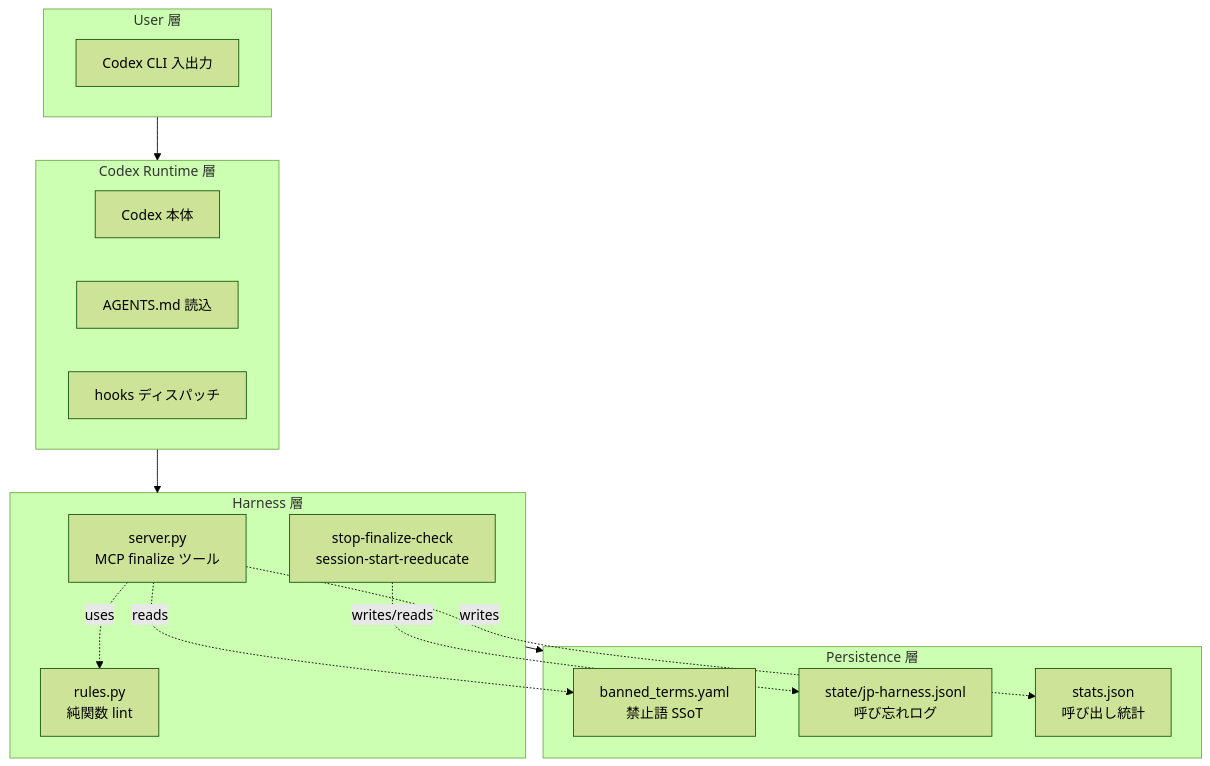
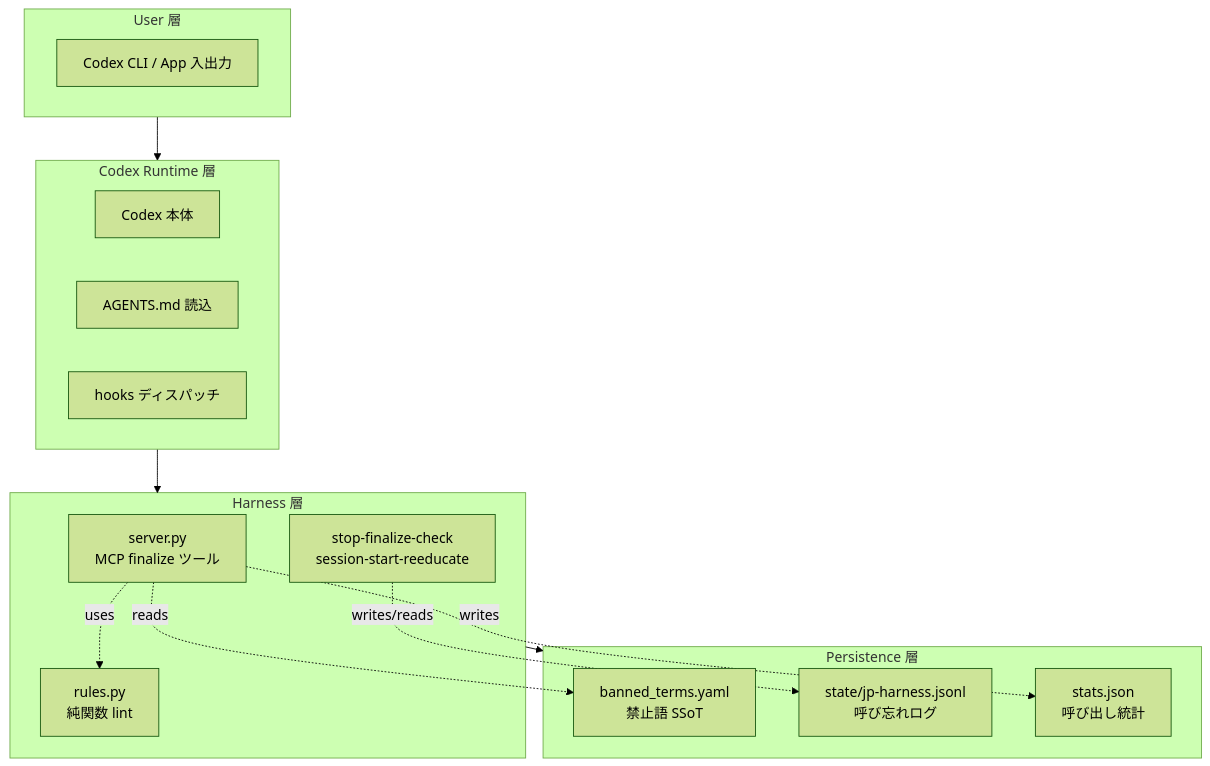
Before and after one commit to Sora-bluesky/codex-jp-harness: the diagram in docs/ARCHITECTURE.md, drawn with Mermaid (forest theme). The commit also changed other lines of this file and 16 other files, not shown here.

````diff
--- a/docs/ARCHITECTURE.md
+++ b/docs/ARCHITECTURE.md
@@ -42,28 +42,28 @@
 ```mermaid
 flowchart TB
     subgraph User["User 層"]
-        U[Codex CLI 入出力]
+        U[Codex CLI / App 入出力]
     end
     subgraph Runtime["Codex Runtime 層"]
         R1[Codex 本体]
         R2[AGENTS.md 読込]
         R3[hooks ディスパッチ]
     end
     subgraph Harness["Harness 層"]
         H1[server.py<br/>MCP finalize ツール]
         H2[rules.py<br/>純関数 lint]
         H3[stop-finalize-check<br/>session-start-reeducate]
     end
     subgraph Persist["Persistence 層"]
         P1[banned_terms.yaml<br/>禁止語 SSoT]
         P2[state/jp-harness.jsonl<br/>呼び忘れログ]
         P3[stats.json<br/>呼び出し統計]
     end
     User --> Runtime
     Runtime --> Harness
     Harness --> Persist
     H1 -.uses.-> H2
     H1 -.reads.-> P1
     H3 -.writes/reads.-> P2
     H1 -.writes.-> P3
 ```
````
